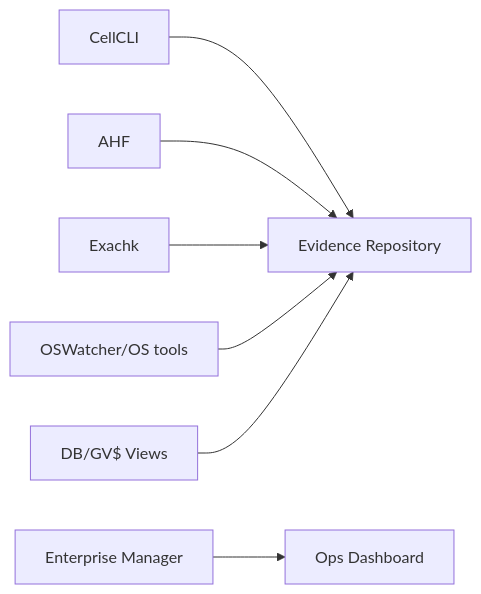
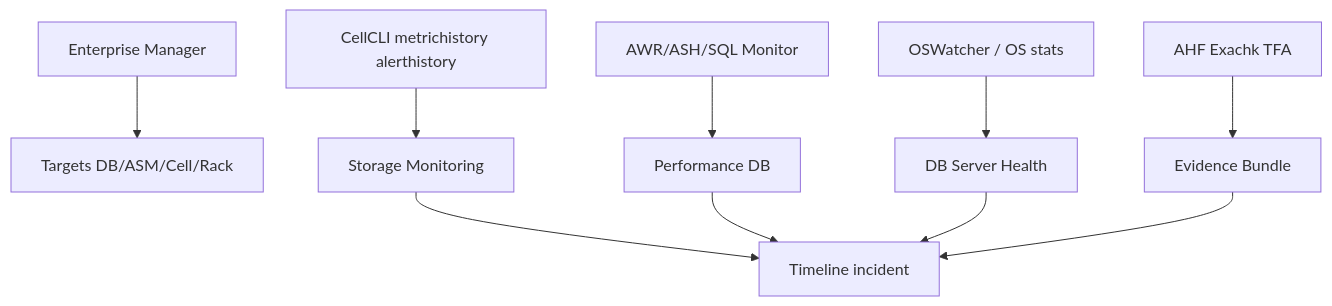
The diagram in diagrams/monitoring-stack.mmd (zdmooc/oracle-exadata-infra-ha-dr-course-labs-v4), drawn with Mermaid before and after one commit. The commit also changed 153 other files, not shown here.

Commit message:
feat: V3 cours complet Exadata français aligné Oracle University - 28 modules 19 labs 27 templates 13 diagrams 9 scripts

```diff
--- a/diagrams/monitoring-stack.mmd
+++ b/diagrams/monitoring-stack.mmd
@@ -1,7 +1,10 @@
-flowchart LR
-  CellCLI --> Evidence[Evidence Repository]
-  AHF --> Evidence
-  Exachk --> Evidence
-  EM[Enterprise Manager] --> Dashboard[Ops Dashboard]
-  OSW[OSWatcher/OS tools] --> Evidence
-  DBViews[DB/GV$ Views] --> Evidence
+flowchart TB
+  em[Enterprise Manager] --> targets[Targets DB/ASM/Cell/Rack]
+  ahf[AHF Exachk TFA] --> evidence[Evidence Bundle]
+  awr[AWR/ASH/SQL Monitor] --> dbperf[Performance DB]
+  cell[CellCLI metrichistory alerthistory] --> storage[Storage Monitoring]
+  os[OSWatcher / OS stats] --> host[DB Server Health]
+  storage --> timeline[Timeline incident]
+  dbperf --> timeline
+  host --> timeline
+  evidence --> timeline
```
